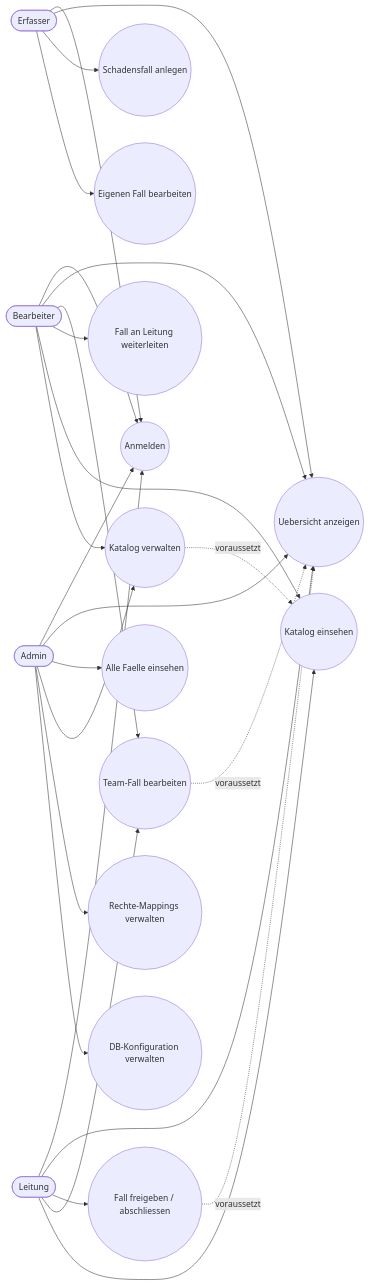
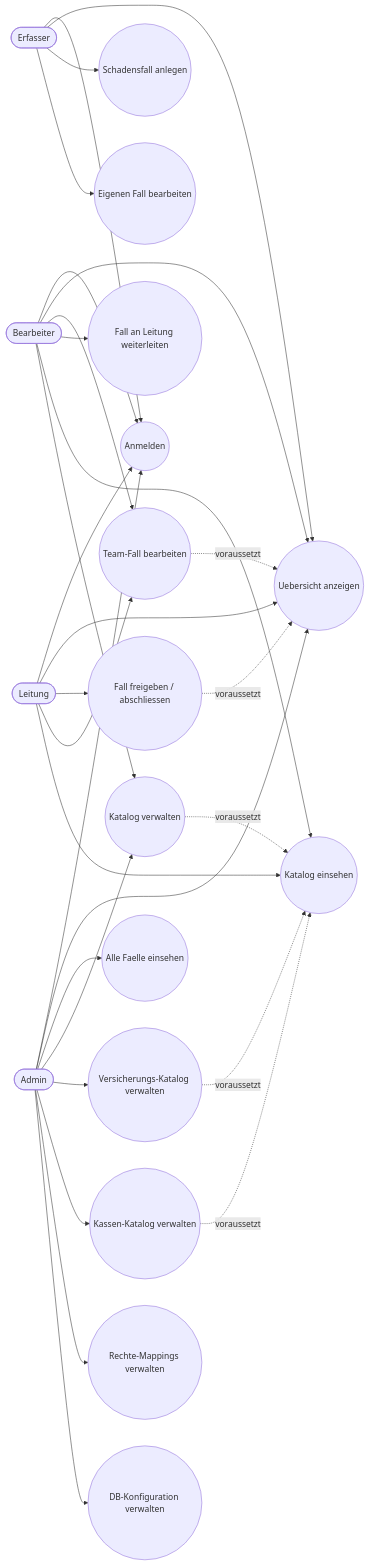
One commit to TiFuStu/sas3 changed the diagram in doku/diagrams/usecase-diagramm.md. Above: the diagram before and after it, drawn with Mermaid. The commit also changed 70 other files, not shown here.

````diff
--- a/doku/diagrams/usecase-diagramm.md
+++ b/doku/diagrams/usecase-diagramm.md
@@ -3,51 +3,57 @@
 ```mermaid
 flowchart LR
   actor_erfasser([Erfasser])
   actor_bearbeiter([Bearbeiter])
   actor_leitung([Leitung])
   actor_admin([Admin])
 
   uc_login((Anmelden))
   uc_overview((Uebersicht anzeigen))
   uc_create((Schadensfall anlegen))
   uc_edit_own((Eigenen Fall bearbeiten))
   uc_edit_team((Team-Fall bearbeiten))
   uc_forward((Fall an Leitung weiterleiten))
   uc_approve((Fall freigeben / abschliessen))
   uc_view_all((Alle Faelle einsehen))
   uc_catalog_view((Katalog einsehen))
   uc_catalog_manage((Katalog verwalten))
+  uc_insurance_manage((Versicherungs-Katalog verwalten))
+  uc_cashdesk_manage((Kassen-Katalog verwalten))
   uc_rights_manage((Rechte-Mappings verwalten))
   uc_db_manage((DB-Konfiguration verwalten))
 
   actor_erfasser --> uc_login
   actor_bearbeiter --> uc_login
   actor_leitung --> uc_login
   actor_admin --> uc_login
 
   actor_erfasser --> uc_overview
   actor_bearbeiter --> uc_overview
   actor_leitung --> uc_overview
   actor_admin --> uc_overview
 
   actor_erfasser --> uc_create
   actor_erfasser --> uc_edit_own
 
   actor_bearbeiter --> uc_edit_team
   actor_bearbeiter --> uc_forward
   actor_bearbeiter --> uc_catalog_view
   actor_bearbeiter --> uc_catalog_manage
 
   actor_leitung --> uc_approve
   actor_leitung --> uc_edit_team
   actor_leitung --> uc_catalog_view
 
   actor_admin --> uc_view_all
   actor_admin --> uc_catalog_manage
+  actor_admin --> uc_insurance_manage
+  actor_admin --> uc_cashdesk_manage
   actor_admin --> uc_rights_manage
   actor_admin --> uc_db_manage
 
   uc_edit_team -. voraussetzt .-> uc_overview
   uc_approve -. voraussetzt .-> uc_overview
   uc_catalog_manage -. voraussetzt .-> uc_catalog_view
+  uc_insurance_manage -. voraussetzt .-> uc_catalog_view
+  uc_cashdesk_manage -. voraussetzt .-> uc_catalog_view
 ```
````
